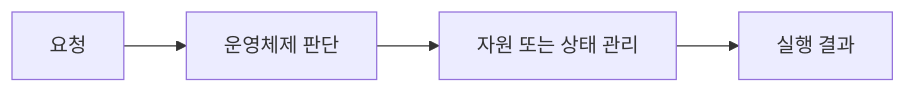
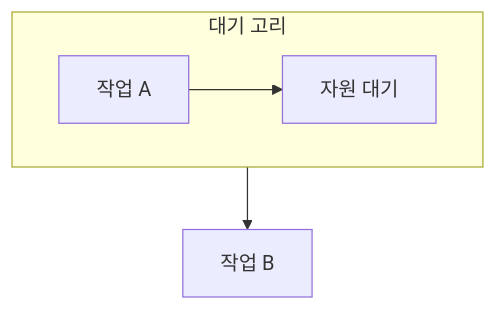
The diagram in ComputerScience/04_systems-infrastructure/operating-systems/notes/07. 교착상태와 회피.md (umyunsang/edu), drawn with Mermaid before and after one commit. The commit also changed other lines of this file and 20 other files, not shown here.

````diff
--- a/ComputerScience/04_systems-infrastructure/operating-systems/notes/07. 교착상태와 회피.md
+++ b/ComputerScience/04_systems-infrastructure/operating-systems/notes/07. 교착상태와 회피.md
@@ -25,6 +21,8 @@
 ```mermaid
-flowchart LR
-    A[요청] --> B[운영체제 판단]
-    B --> C[자원 또는 상태 관리]
-    C --> D[실행 결과]
+flowchart TB
+    subgraph Deadlock["대기 고리"]
+        direction LR
+        A[작업 A] --> B[자원 대기]
+    end
+    Deadlock --> C[작업 B]
 ```
````
